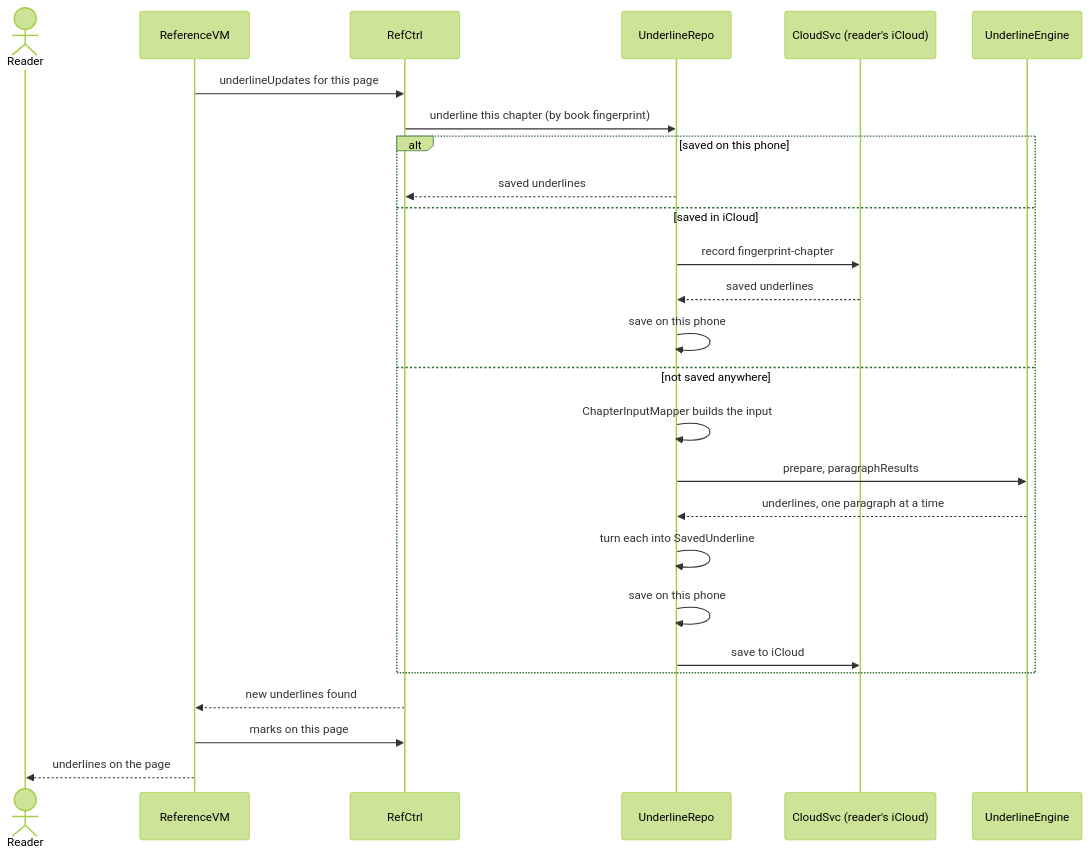
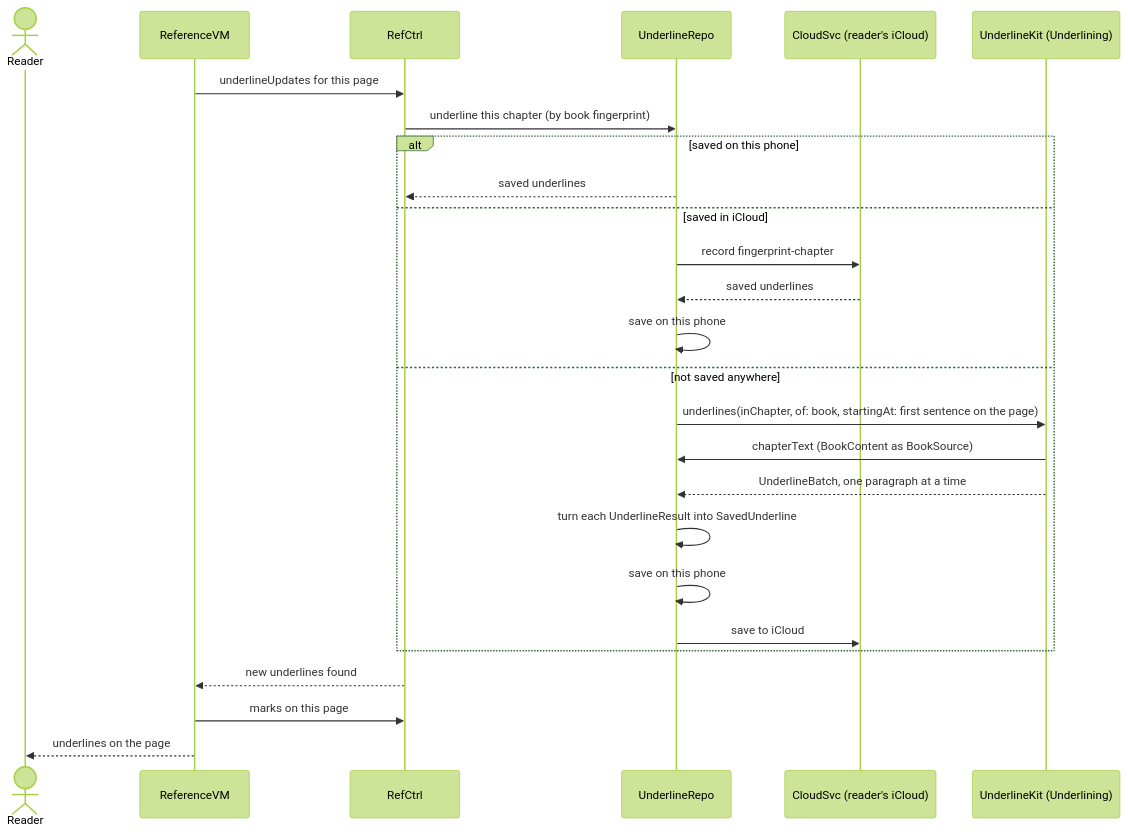
The diagram in docs/diagrams/10-sequence-underlines.mmd (AftrHours/iRead), drawn with Mermaid (forest theme) before and after one commit. The commit also changed 5 other files, not shown here.

Commit message:
docs: [AB] describe the engine through UnderlineKit and drop ModelCheckSvc from the architecture and diagrams

```diff
--- a/docs/diagrams/10-sequence-underlines.mmd
+++ b/docs/diagrams/10-sequence-underlines.mmd
@@ -1,27 +1,27 @@
 sequenceDiagram
   actor Reader
   participant ReferenceVM
   participant RefCtrl
   participant UnderlineRepo
   participant CloudSvc as CloudSvc (reader's iCloud)
-  participant Engine as UnderlineEngine
+  participant Engine as UnderlineKit (Underlining)
 
   ReferenceVM->>RefCtrl: underlineUpdates for this page
   RefCtrl->>UnderlineRepo: underline this chapter (by book fingerprint)
   alt saved on this phone
     UnderlineRepo-->>RefCtrl: saved underlines
   else saved in iCloud
     UnderlineRepo->>CloudSvc: record fingerprint-chapter
     CloudSvc-->>UnderlineRepo: saved underlines
     UnderlineRepo->>UnderlineRepo: save on this phone
   else not saved anywhere
-    UnderlineRepo->>UnderlineRepo: ChapterInputMapper builds the input
-    UnderlineRepo->>Engine: prepare, paragraphResults
-    Engine-->>UnderlineRepo: underlines, one paragraph at a time
-    UnderlineRepo->>UnderlineRepo: turn each into SavedUnderline
+    UnderlineRepo->>Engine: underlines(inChapter, of: book, startingAt: first sentence on the page)
+    Engine->>UnderlineRepo: chapterText (BookContent as BookSource)
+    Engine-->>UnderlineRepo: UnderlineBatch, one paragraph at a time
+    UnderlineRepo->>UnderlineRepo: turn each UnderlineResult into SavedUnderline
     UnderlineRepo->>UnderlineRepo: save on this phone
     UnderlineRepo->>CloudSvc: save to iCloud
   end
   RefCtrl-->>ReferenceVM: new underlines found
   ReferenceVM->>RefCtrl: marks on this page
   ReferenceVM-->>Reader: underlines on the page
```
